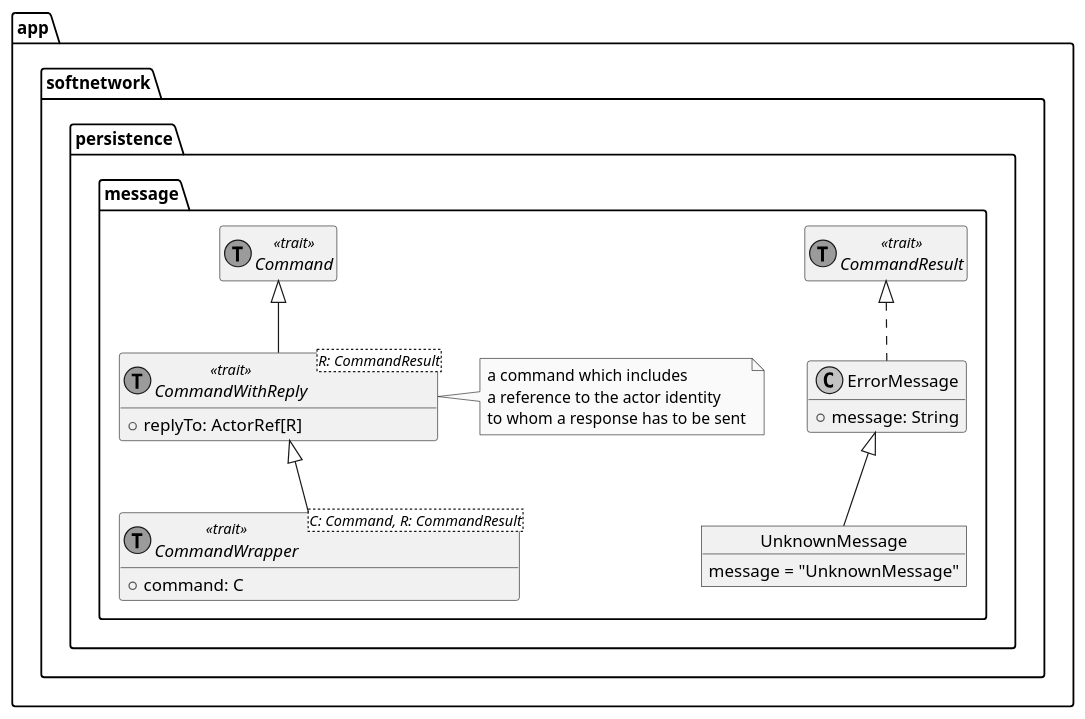
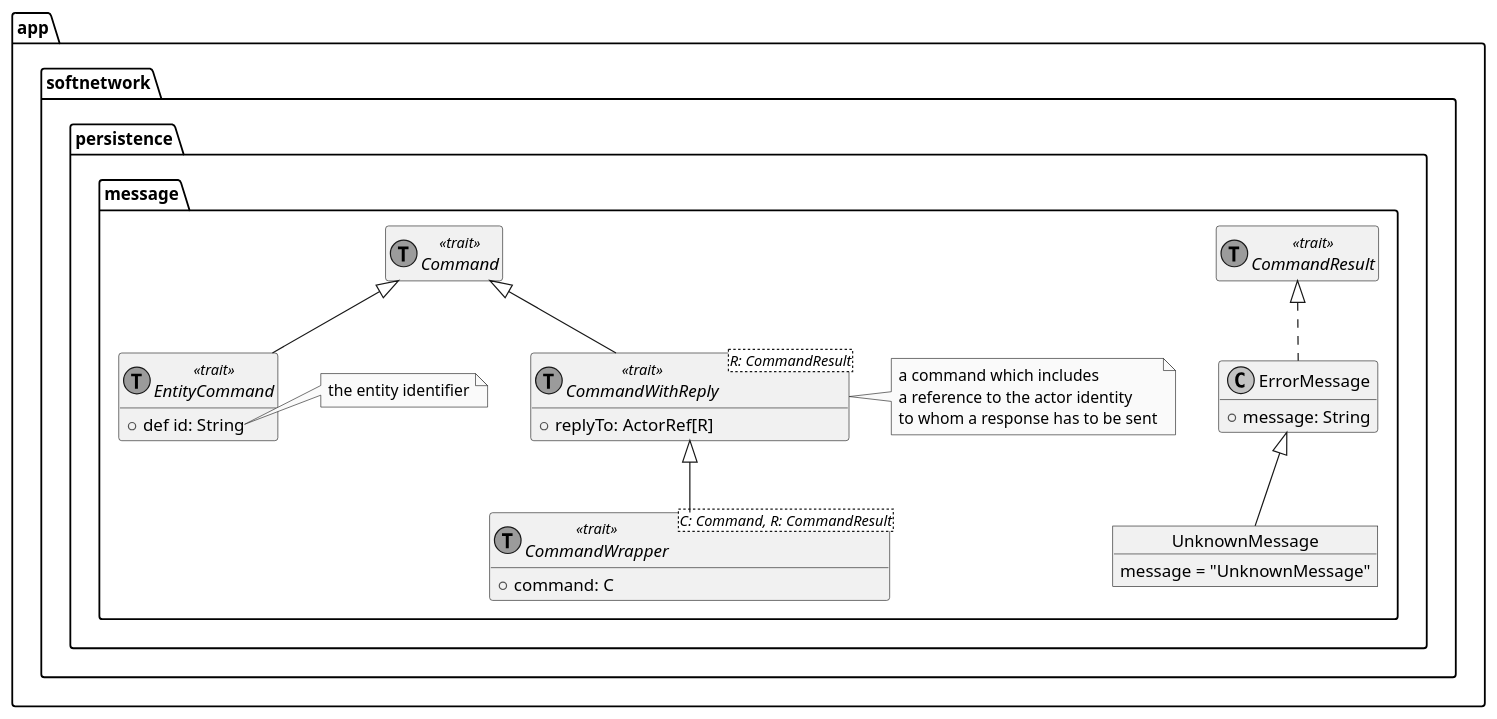
One commit to SOFTNETWORK-APP/generic-persistence-api changed the diagram in docs/diagrams/src/Command.plantuml. Above: the diagram before and after it, drawn with PlantUML. The commit also changed 8 other files, not shown here.

```diff
--- a/docs/diagrams/src/Command.plantuml
+++ b/docs/diagrams/src/Command.plantuml
@@ -1,26 +1,32 @@
 @startuml Command
 skinparam monochrome true
 hide empty members
 
 package app.softnetwork.persistence.message {
     abstract CommandResult << (T,orchid) trait >>
     abstract Command << (T,orchid) trait >>
+    abstract EntityCommand << (T,orchid) trait >> extends Command{
+        +def id: String
+    }
+    note right of EntityCommand::id
+        the entity identifier
+    end note
     abstract CommandWithReply <R: CommandResult> <<(T,orchid) trait >>{
       +replyTo: ActorRef[R]
     }
-    note right: a command which includes \na reference to the actor identity \nto whom a response has to be sent
+    note right of CommandWithReply: a command which includes \na reference to the actor identity \nto whom a response has to be sent
     Command <|-- CommandWithReply
 
     abstract CommandWrapper <C: Command, R: CommandResult> <<(T,orchid) trait >> extends CommandWithReply {
      +command: C
     }
 
     class ErrorMessage implements CommandResult{
       +message: String
     }
     object UnknownMessage {
       message = "UnknownMessage"
     }
     ErrorMessage <|-- UnknownMessage
 }
 @enduml
```
